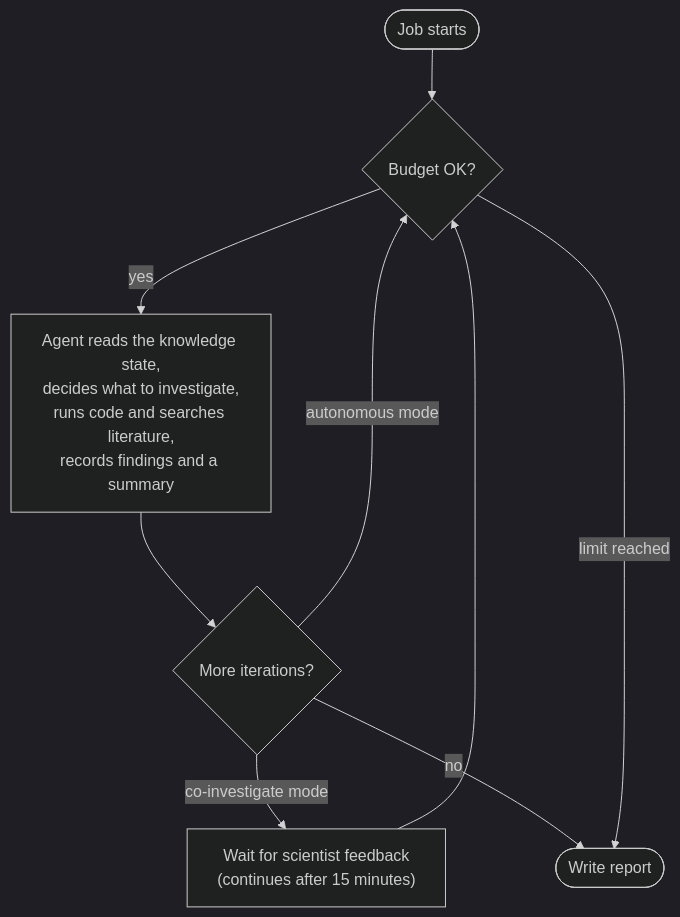
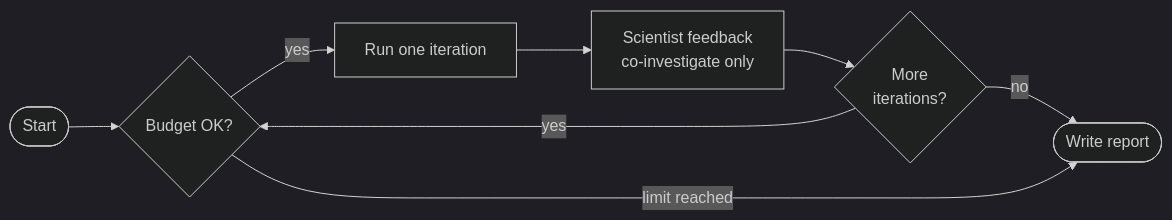
One commit to openscientist-io/openscientist-docs changed the second of 2 diagrams in docs/architecture.md. Above: the diagram before and after it, drawn with Mermaid (dark theme). The commit also changed other lines of this file, not shown here.

Commit message:
Simplify the discovery-loop diagram

````diff
--- a/docs/architecture.md
+++ b/docs/architecture.md
@@ -71,11 +71,10 @@
 ```mermaid
-flowchart TD
-    start([Job starts]) --> budget{Budget OK?}
-    budget -- yes --> iterate["Agent reads the knowledge state,<br/>decides what to investigate,<br/>runs code and searches literature,<br/>records findings and a summary"]
-    iterate --> more{More iterations?}
-    more -- "co-investigate mode" --> feedback["Wait for scientist feedback<br/>(continues after 15 minutes)"]
-    feedback --> budget
-    more -- "autonomous mode" --> budget
+flowchart LR
+    start([Start]) --> check{Budget OK?}
+    check -- yes --> iter[Run one iteration]
+    iter --> fb[Scientist feedback<br/>co-investigate only]
+    fb --> more{More<br/>iterations?}
+    more -- yes --> check
     more -- no --> report([Write report])
-    budget -- "limit reached" --> report
+    check -- limit reached --> report
 ```
````
